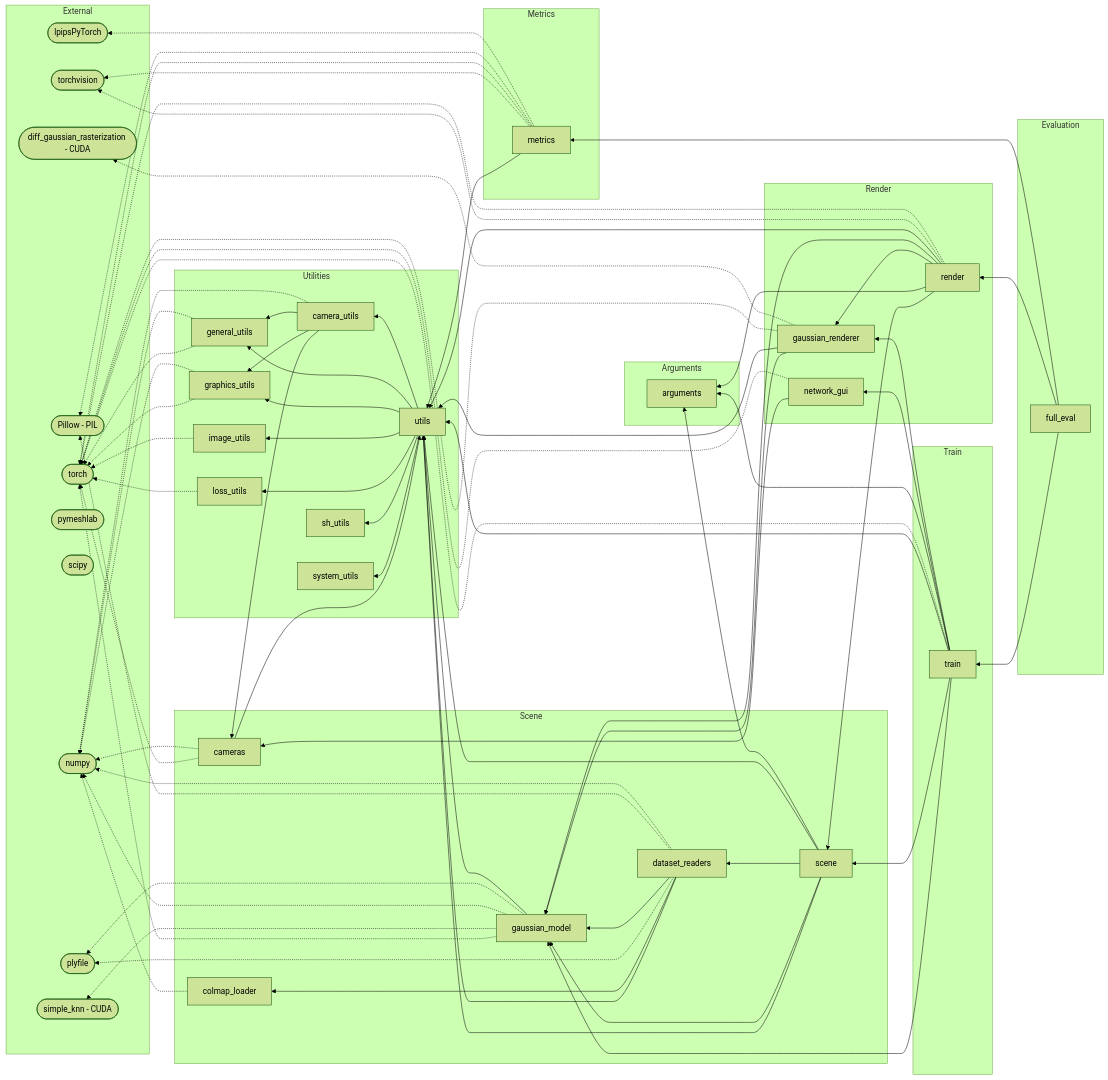
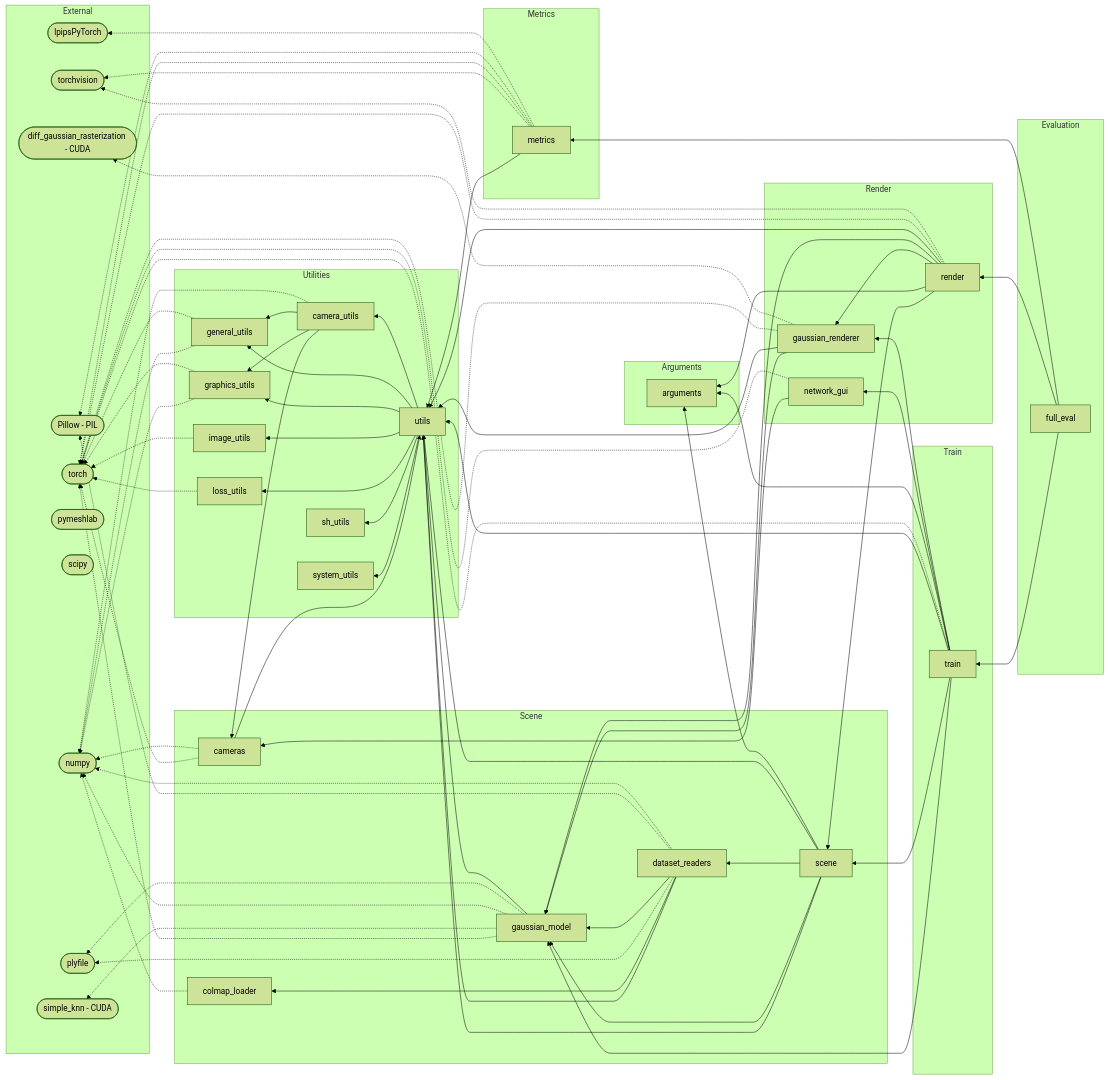
The diagram in docs/dependency/original-reference.orig.md (AsherJingkongChen/3DGS), drawn with Mermaid (forest theme) before and after one commit. The commit also changed other lines of this file and 1 other file, not shown here.

```diff
--- a/docs/dependency/original-reference.orig.md
+++ b/docs/dependency/original-reference.orig.md
@@ -66,11 +66,11 @@
     camera_utils --> graphics_utils
     camera_utils --> cameras
 
+    general_utils -.-> torch
     general_utils -.-> numpy
-    general_utils -.-> torch
 
+    graphics_utils -.-> torch
     graphics_utils -.-> numpy
-    graphics_utils -.-> torch
 
     image_utils -.-> torch
 
@@ -118,8 +118,8 @@
     network_gui -.-> torch
     network_gui --> cameras
 
+    render -.-> torchvision
     render -.-> torch
-    render -.-> torchvision
     render --> utils
     render --> gaussian_model
     render --> gaussian_renderer
```
